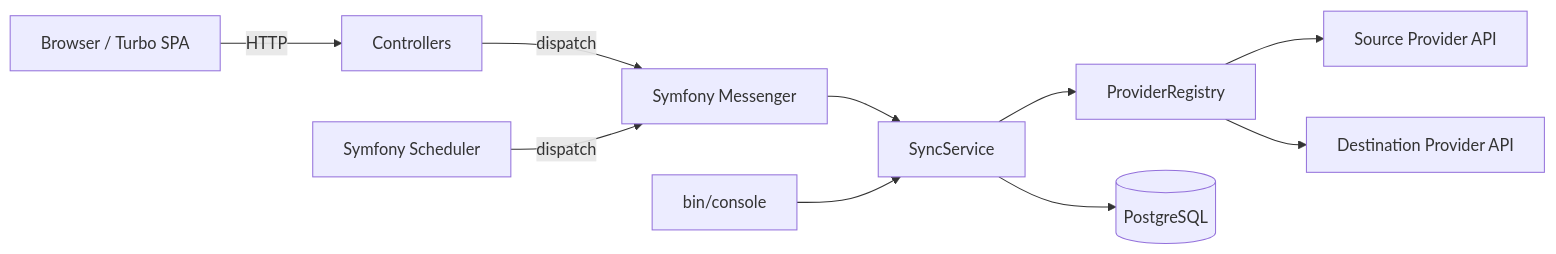
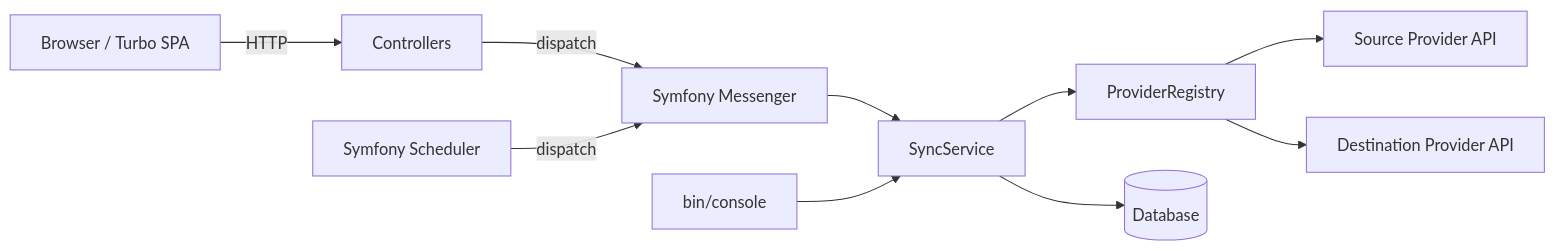
Before and after one commit to nrutman/contacts-sync-web: the first of 2 diagrams in src/README.md, drawn with Mermaid. The commit also changed other lines of this file and 5 other files, not shown here.

````diff
--- a/src/README.md
+++ b/src/README.md
@@ -7,12 +7,12 @@
 ```mermaid
 flowchart LR
     Browser[Browser / Turbo SPA] -->|HTTP| Controllers
     Controllers -->|dispatch| Messenger[Symfony Messenger]
     Messenger --> SyncService
     CLI[bin/console] --> SyncService
     SyncService --> Registry[ProviderRegistry]
     Registry --> Source[Source Provider API]
     Registry --> Dest[Destination Provider API]
-    SyncService --> DB[(PostgreSQL)]
+    SyncService --> DB[(Database)]
     Scheduler[Symfony Scheduler] -->|dispatch| Messenger
 ```
````
